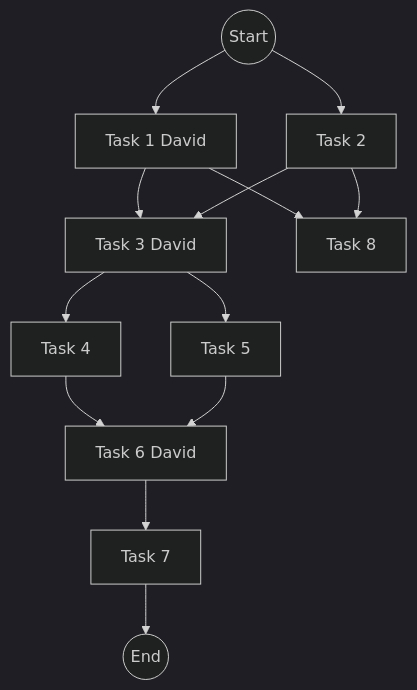
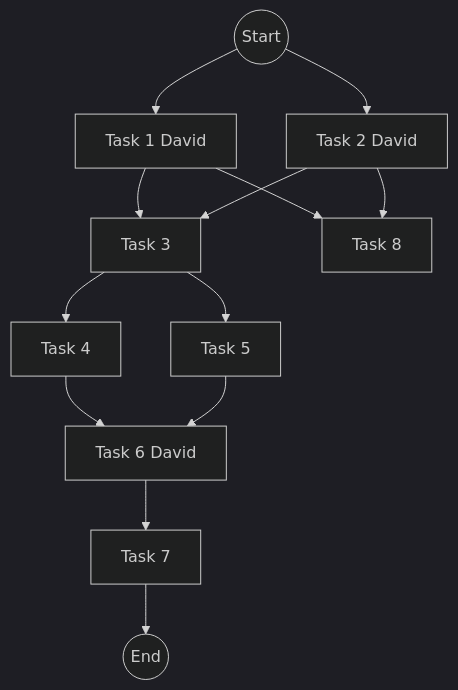
Before and after one commit to DM1122/rob521-labs: the diagram in lab2/tasks.md, drawn with Mermaid (dark theme). The commit also changed 2 other files, not shown here.

Commit message:
Add trajectory rollout

````diff
--- a/lab2/tasks.md
+++ b/lab2/tasks.md
@@ -2,26 +2,26 @@
 ```mermaid
 flowchart TB
     start((Start))
     task1[Task 1 David]
-    task2[Task 2]
-    task3[Task 3 David]
+    task2[Task 2 David]
+    task3[Task 3]
     task4[Task 4]
     task5[Task 5]
     task6[Task 6 David]
     task7[Task 7]
     task8[Task 8]
     endd((End))
     
     start --> task1 & task2
     
     task1 --> task3
     task2 --> task3
 
     task1 --> task8
     task2 --> task8
 
     task3 --> task4 & task5
     task4 --> task6
     task5 --> task6
     task6 --> task7 --> endd
 ```
````
